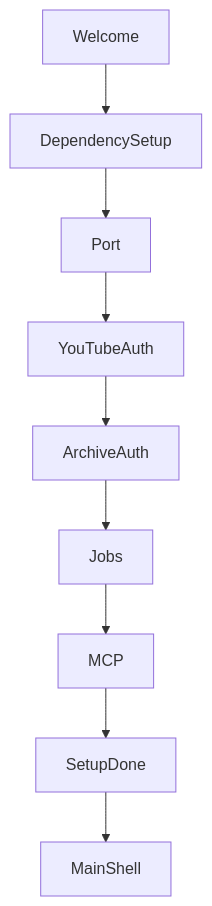
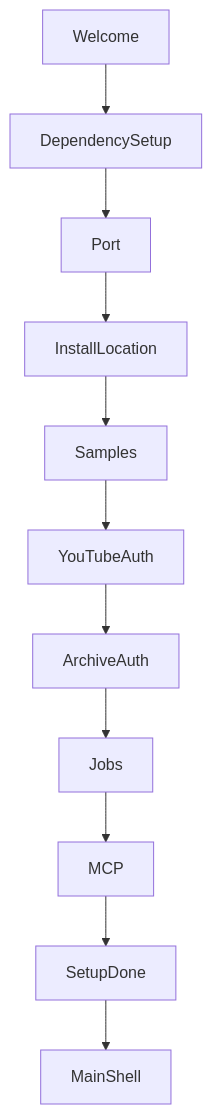
One commit to roto31/StreamTV changed the diagram in docs/guides/FIRST_RUN_SETUP.md. Above: the diagram before and after it, drawn with Mermaid. The commit also changed other lines of this file and 7 other files, not shown here.

````diff
--- a/docs/guides/FIRST_RUN_SETUP.md
+++ b/docs/guides/FIRST_RUN_SETUP.md
@@ -5,11 +5,13 @@
 ```mermaid
 flowchart TD
   Welcome --> DependencySetup
   DependencySetup --> Port
-  Port --> YouTubeAuth
+  Port --> InstallLocation
+  InstallLocation --> Samples
+  Samples --> YouTubeAuth
   YouTubeAuth --> ArchiveAuth
   ArchiveAuth --> Jobs
   Jobs --> MCP
   MCP --> SetupDone
   SetupDone --> MainShell
 ```
````
